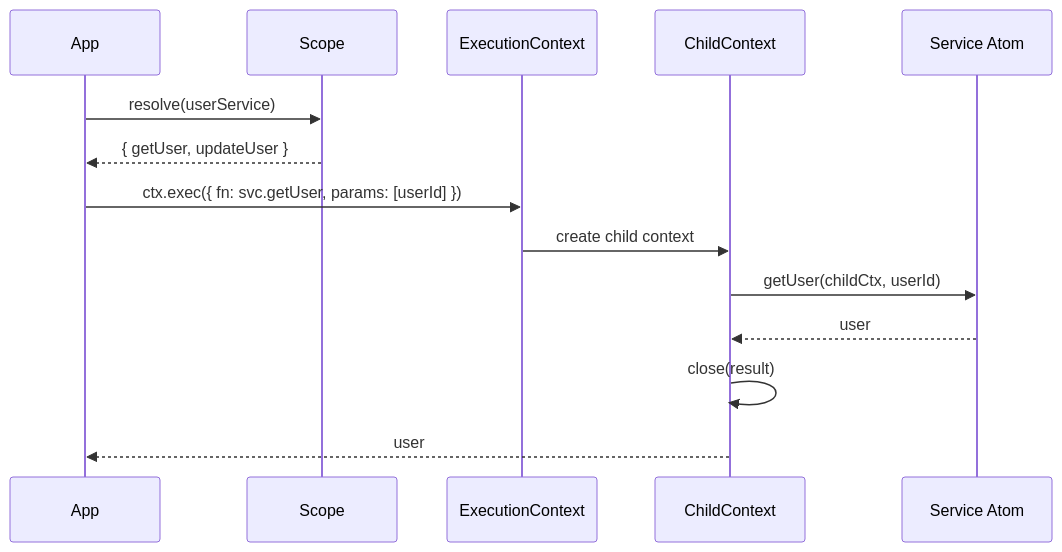
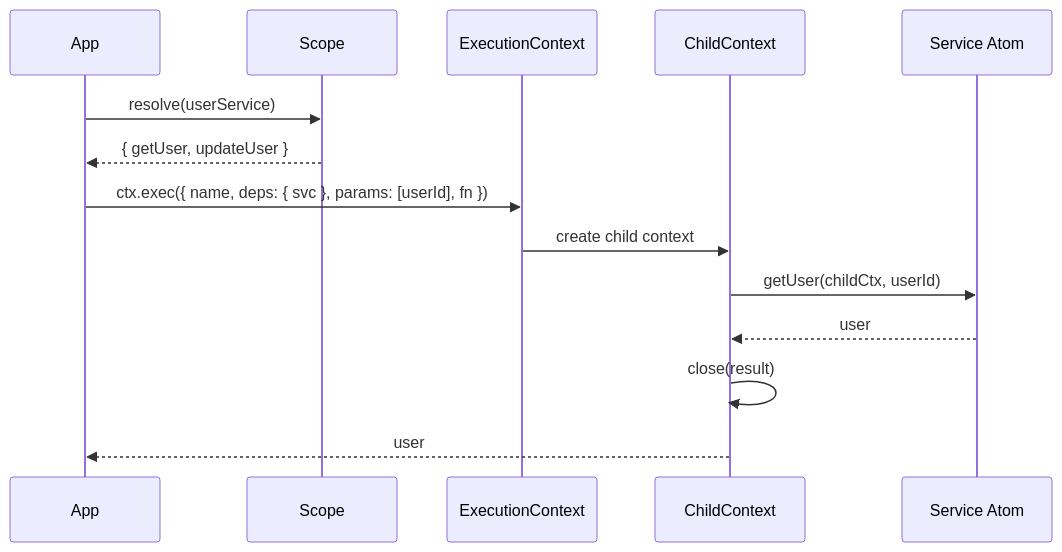
Before and after one commit to pumped-fn/pumped-fn: the eighth of 12 diagrams in pkg/core/lite/PATTERNS.md, drawn with Mermaid. The commit also changed other lines of this file and 220 other files, not shown here.

````diff
--- a/pkg/core/lite/PATTERNS.md
+++ b/pkg/core/lite/PATTERNS.md
@@ -369,18 +384,18 @@
 ```mermaid
 sequenceDiagram
     participant App
     participant Scope
     participant Ctx as ExecutionContext
     participant Child as ChildContext
     participant Svc as Service Atom
 
     App->>Scope: resolve(userService)
     Scope-->>App: { getUser, updateUser }
 
-    App->>Ctx: ctx.exec({ fn: svc.getUser, params: [userId] })
+    App->>Ctx: ctx.exec({ name, deps: { svc }, params: [userId], fn })
     Ctx->>Child: create child context
     Child->>Svc: getUser(childCtx, userId)
     Svc-->>Child: user
     Child->>Child: close(result)
     Child-->>App: user
 ```
````
